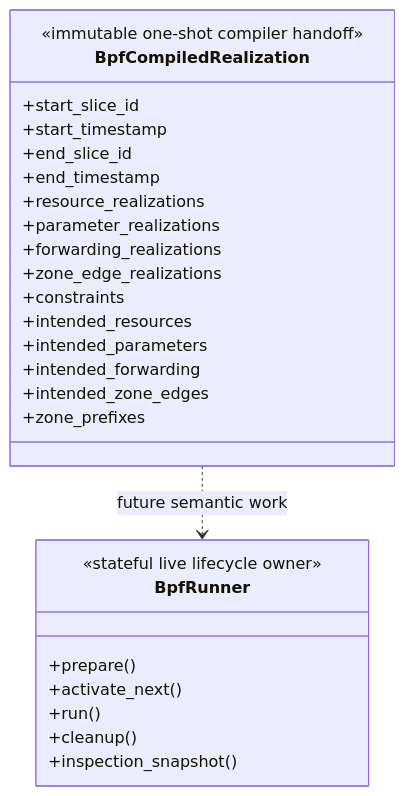
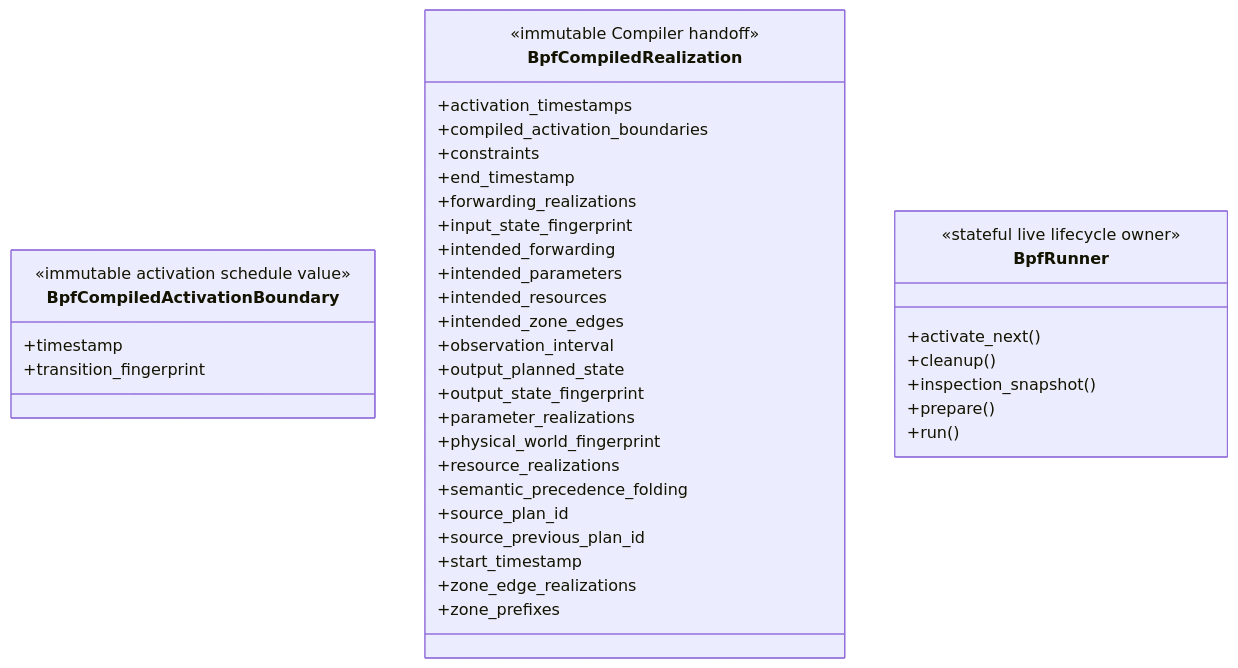
One commit to seed-labs/skyseed changed the second of 2 diagrams in skyseed_v2/src/skyseed_v2/backend/bpf/README.md. Above: the diagram before and after it, drawn with Mermaid. The commit also changed other lines of this file and 256 other files, not shown here.

Commit message:
refactor: complete network planner architecture cutover

````diff
--- a/skyseed_v2/src/skyseed_v2/backend/bpf/README.md
+++ b/skyseed_v2/src/skyseed_v2/backend/bpf/README.md
@@ -220,29 +89,41 @@
 ```mermaid
 classDiagram
+    class BpfCompiledActivationBoundary {
+        <<immutable activation schedule value>>
+        +timestamp
+        +transition_fingerprint
+    }
     class BpfCompiledRealization {
-        <<immutable one-shot compiler handoff>>
-        +start_slice_id
+        <<immutable Compiler handoff>>
+        +activation_timestamps
+        +compiled_activation_boundaries
+        +constraints
+        +end_timestamp
+        +forwarding_realizations
+        +input_state_fingerprint
+        +intended_forwarding
+        +intended_parameters
+        +intended_resources
+        +intended_zone_edges
+        +observation_interval
+        +output_planned_state
+        +output_state_fingerprint
+        +parameter_realizations
+        +physical_world_fingerprint
+        +resource_realizations
+        +semantic_precedence_folding
+        +source_plan_id
+        +source_previous_plan_id
         +start_timestamp
-        +end_slice_id
-        +end_timestamp
-        +resource_realizations
-        +parameter_realizations
-        +forwarding_realizations
         +zone_edge_realizations
-        +constraints
-        +intended_resources
-        +intended_parameters
-        +intended_forwarding
-        +intended_zone_edges
         +zone_prefixes
     }
     class BpfRunner {
         <<stateful live lifecycle owner>>
-        +prepare()
         +activate_next()
-        +run()
         +cleanup()
         +inspection_snapshot()
+        +prepare()
+        +run()
     }
-    BpfCompiledRealization ..> BpfRunner : future semantic work
 ```
````
